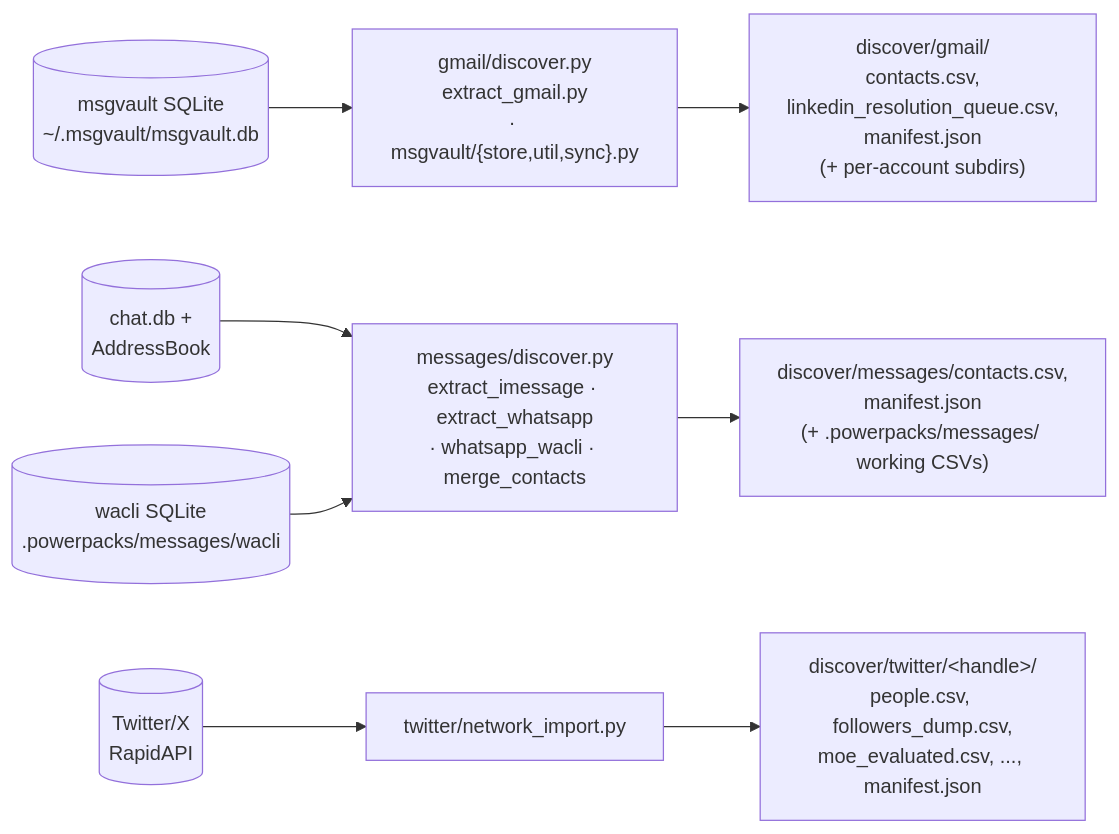
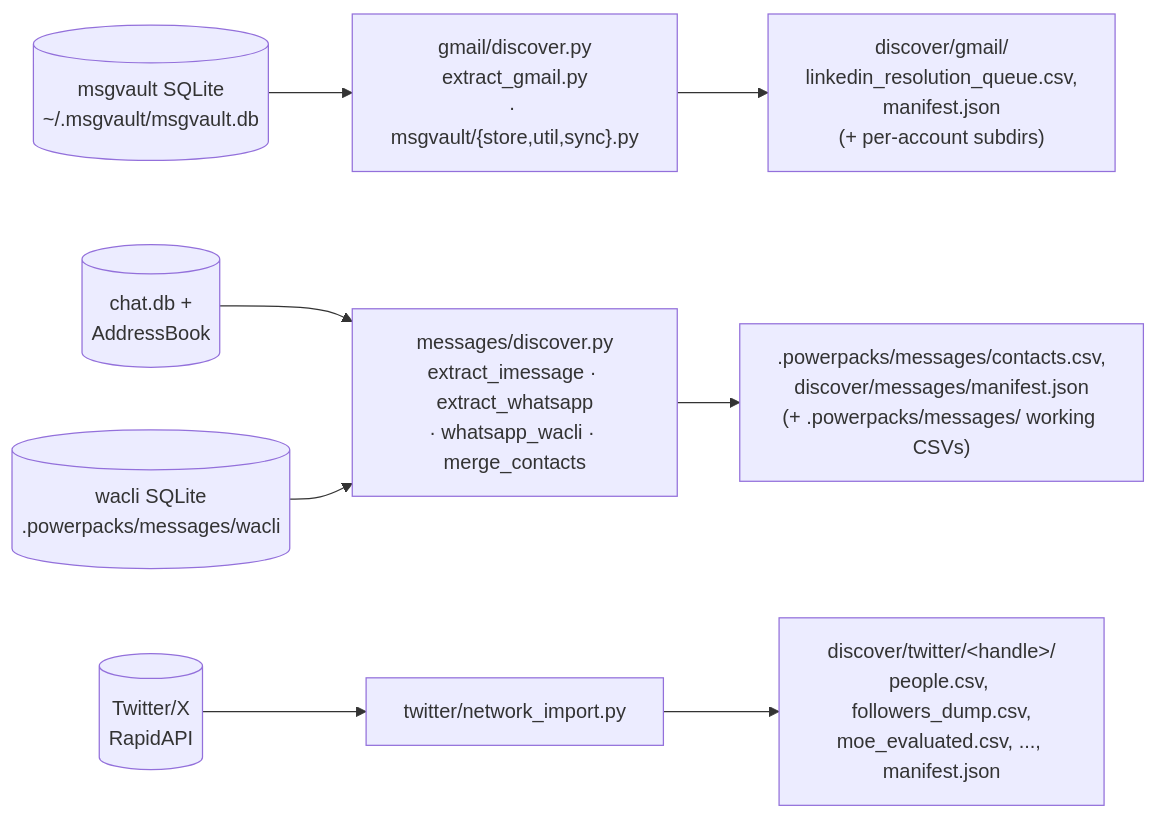
The diagram in packs/ingestion/primitives/discover/README.md (powerset-co/powerpacks), drawn with Mermaid before and after one commit. The commit also changed other lines of this file and 33 other files, not shown here.

````diff
--- a/packs/ingestion/primitives/discover/README.md
+++ b/packs/ingestion/primitives/discover/README.md
@@ -60,16 +60,16 @@
 ```mermaid
 flowchart LR
   MV[("msgvault SQLite<br/>~/.msgvault/msgvault.db")]
   CDB[("chat.db +<br/>AddressBook")]
   WA[("wacli SQLite<br/>.powerpacks/messages/wacli")]
   TW[("Twitter/X<br/>RapidAPI")]
 
   MV --> GDISC["gmail/discover.py<br/>extract_gmail.py<br/>· msgvault/{store,util,sync}.py"]
   CDB --> MDISC["messages/discover.py<br/>extract_imessage · extract_whatsapp<br/>· whatsapp_wacli · merge_contacts"]
   WA --> MDISC
   TW --> TDISC["twitter/network_import.py"]
 
-  GDISC --> GOUT["discover/gmail/<br/>contacts.csv,<br/>linkedin_resolution_queue.csv,<br/>manifest.json<br/>(+ per-account subdirs)"]
-  MDISC --> MOUT["discover/messages/contacts.csv,<br/>manifest.json<br/>(+ .powerpacks/messages/ working CSVs)"]
+  GDISC --> GOUT["discover/gmail/<br/>linkedin_resolution_queue.csv,<br/>manifest.json<br/>(+ per-account subdirs)"]
+  MDISC --> MOUT[".powerpacks/messages/contacts.csv,<br/>discover/messages/manifest.json<br/>(+ .powerpacks/messages/ working CSVs)"]
   TDISC --> TOUT["discover/twitter/&lt;handle&gt;/<br/>people.csv, followers_dump.csv,<br/>moe_evaluated.csv, ..., manifest.json"]
 ```
````
